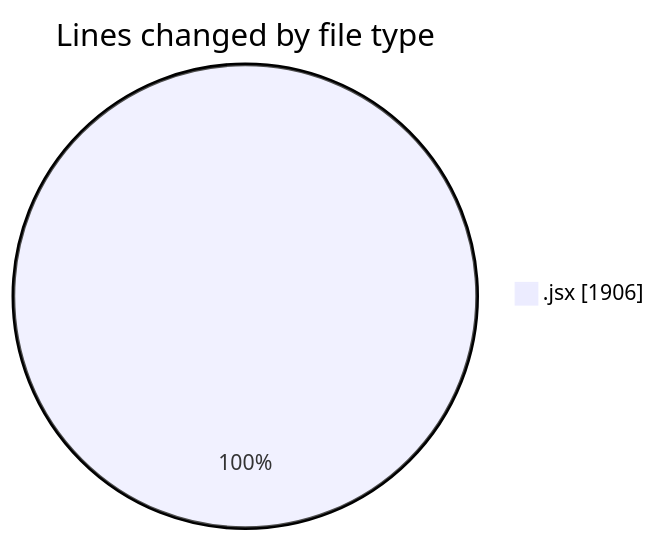
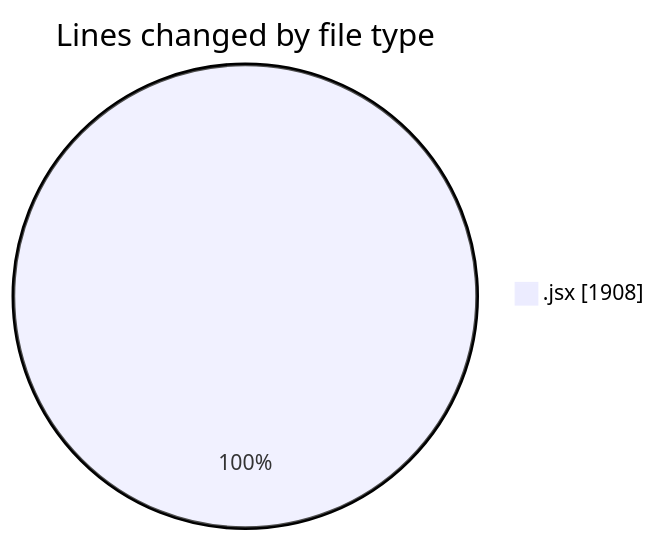
The first of 2 diagrams in 2025-10-13/nxtqube_webapp/README.md (nxtqubesakshisongat/code-tracking), drawn with Mermaid before and after one commit. The commit also changed other lines of this file and 1 other file, not shown here.

````diff
--- a/2025-10-13/nxtqube_webapp/README.md
+++ b/2025-10-13/nxtqube_webapp/README.md
@@ -21,5 +21,5 @@
 ```mermaid
 pie showData
 title Lines changed by file type
-".jsx" : 1906
+".jsx" : 1908
 ```
````
